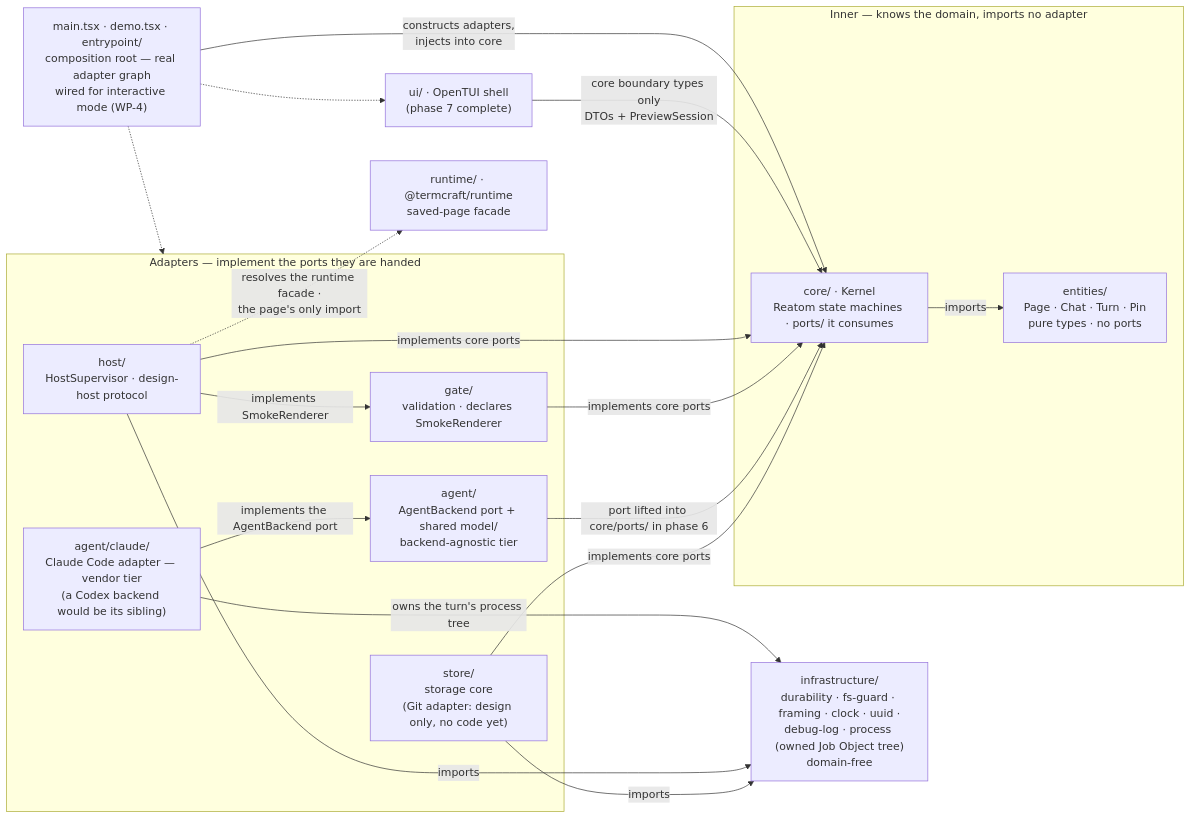
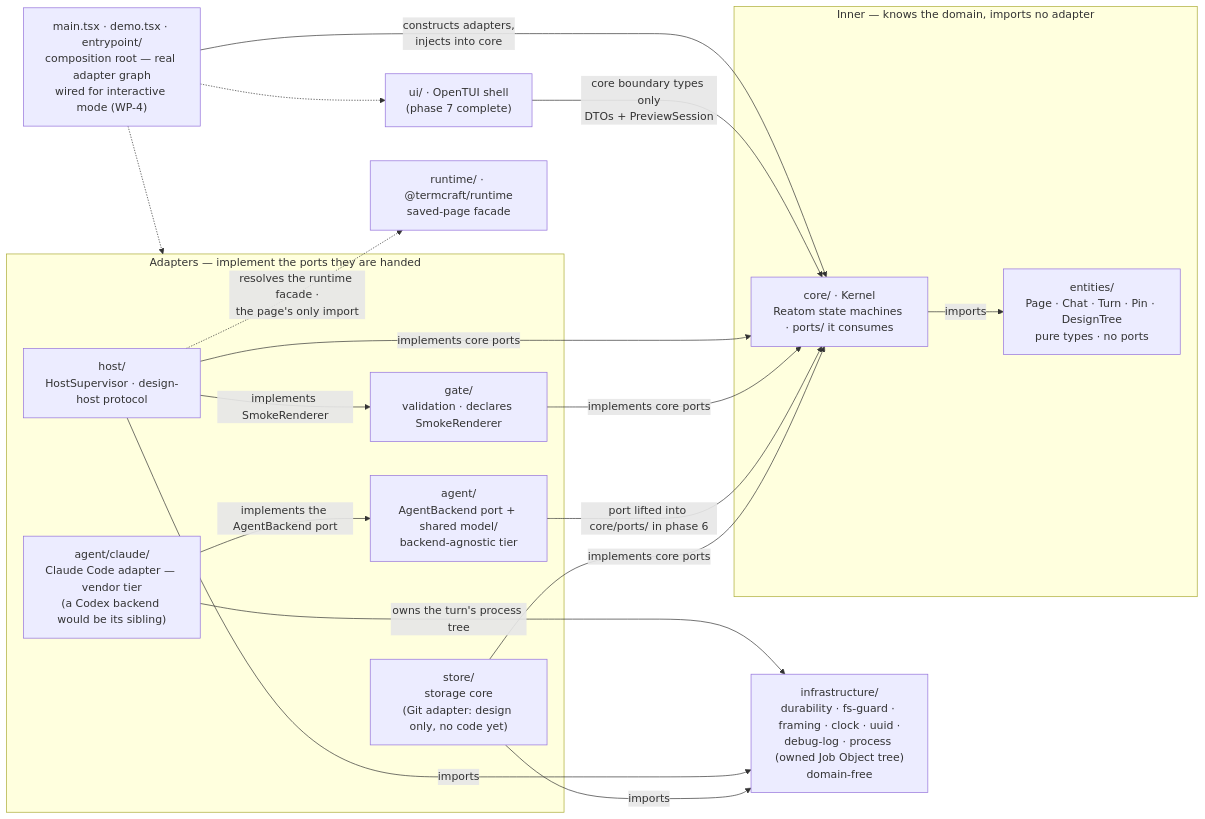
The diagram in docs/architecture/code-structure.md (khmilevoi/termcraft), drawn with Mermaid before and after one commit. The commit also changed other lines of this file and 27 other files, not shown here.

````diff
--- a/docs/architecture/code-structure.md
+++ b/docs/architecture/code-structure.md
@@ -23,37 +23,37 @@
 ```mermaid
 flowchart LR
     main["main.tsx · demo.tsx · entrypoint/<br/>composition root — real adapter graph<br/>wired for interactive mode (WP-4)"]
 
     subgraph adapters["Adapters — implement the ports they are handed"]
         store["store/<br/>storage core<br/>(Git adapter: design only, no code yet)"]
         agent["agent/<br/>AgentBackend port + shared model/<br/>backend-agnostic tier"]
         claude["agent/claude/<br/>Claude Code adapter — vendor tier<br/>(a Codex backend would be its sibling)"]
         gate["gate/<br/>validation · declares SmokeRenderer"]
         host["host/<br/>HostSupervisor · design-host protocol"]
     end
 
     subgraph inner["Inner — knows the domain, imports no adapter"]
         core["core/ · Kernel<br/>Reatom state machines · ports/ it consumes"]
-        entities["entities/<br/>Page · Chat · Turn · Pin<br/>pure types · no ports"]
+        entities["entities/<br/>Page · Chat · Turn · Pin · DesignTree<br/>pure types · no ports"]
     end
 
     ui["ui/ · OpenTUI shell<br/>(phase 7 complete)"]
     runtime["runtime/ · @termcraft/runtime<br/>saved-page facade"]
     infra["infrastructure/<br/>durability · fs-guard · framing · clock · uuid ·<br/>debug-log · process (owned Job Object tree)<br/>domain-free"]
 
     core -- imports --> entities
     store -- "implements core ports" --> core
     agent -- "port lifted into core/ports/ in phase 6" --> core
     gate -- "implements core ports" --> core
     host -- "implements core ports" --> core
     host -- "implements SmokeRenderer" --> gate
     claude -- "implements the AgentBackend port" --> agent
     ui -- "core boundary types only<br/>DTOs + PreviewSession" --> core
     store -- imports --> infra
     host -- imports --> infra
     claude -- "owns the turn's process tree" --> infra
     host -. "resolves the runtime facade ·<br/>the page's only import" .-> runtime
     main -- "constructs adapters,<br/>injects into core" --> core
     main -.-> adapters
     main -.-> ui
 ```
````
